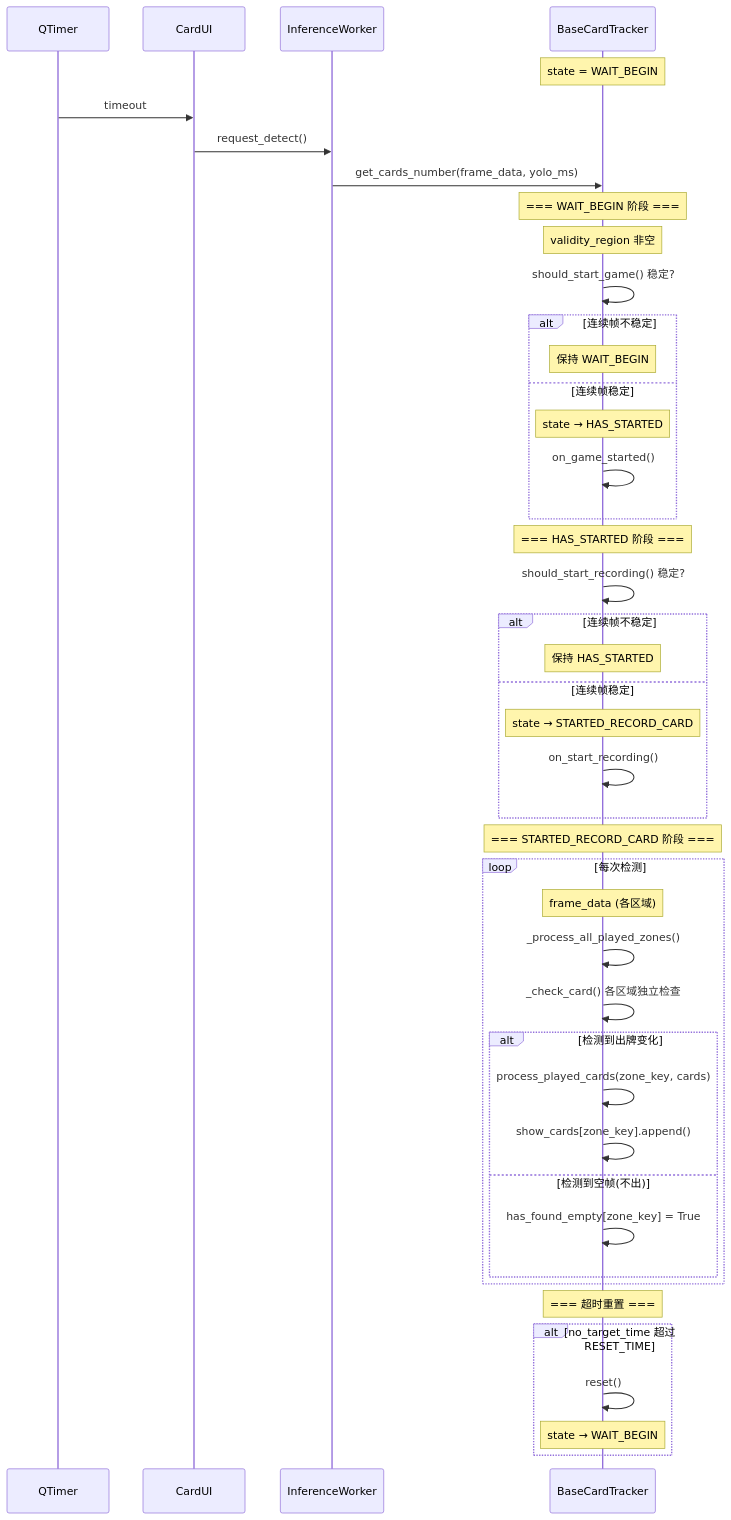
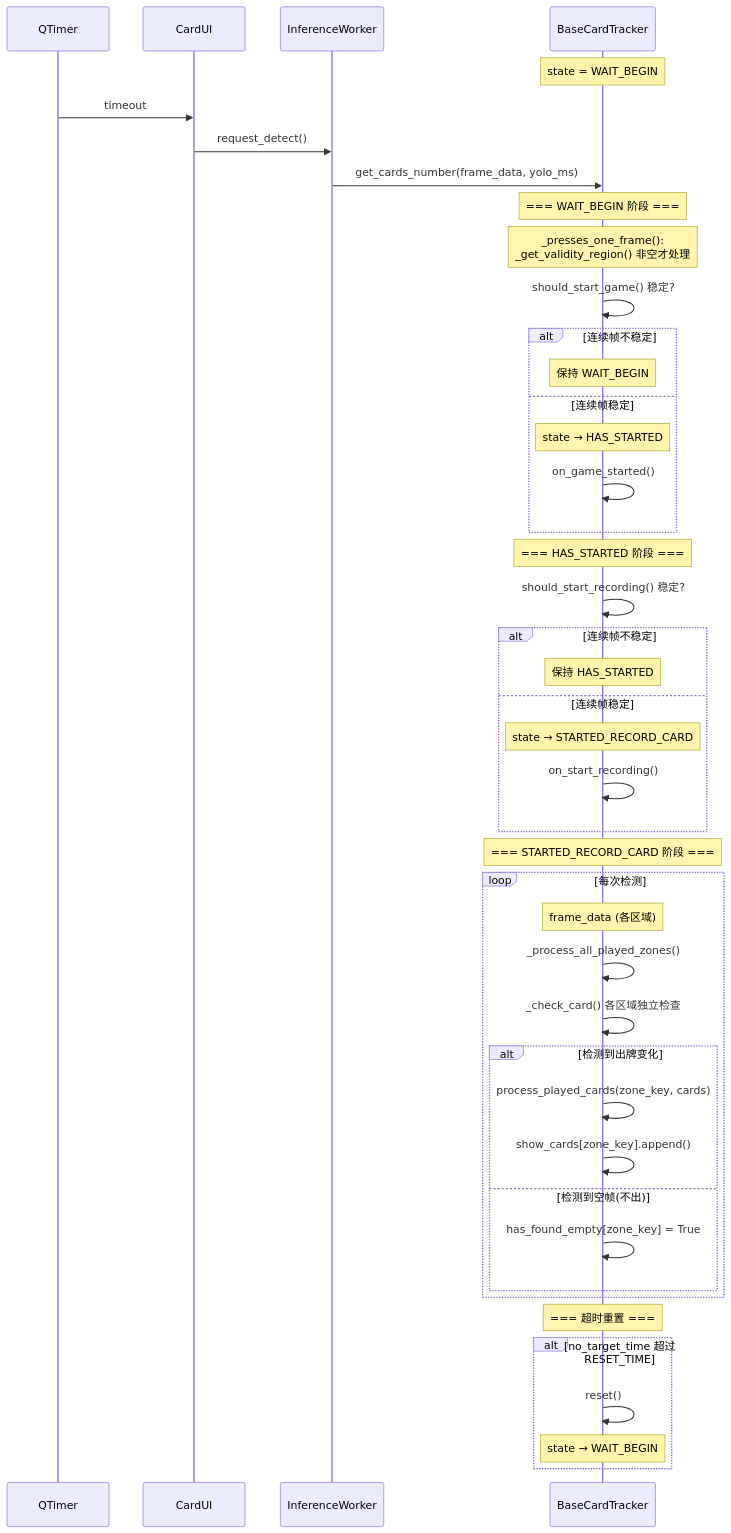
One commit to luckFan0519/han-card-tracker changed the fourth of 6 diagrams in docs/sequence-diagram.md. Above: the diagram before and after it, drawn with Mermaid. The commit also changed other lines of this file and 12 other files, not shown here.

````diff
--- a/docs/sequence-diagram.md
+++ b/docs/sequence-diagram.md
@@ -184,51 +207,51 @@
 ```mermaid
 sequenceDiagram
     participant Timer as QTimer
     participant UI as CardUI
     participant Worker as InferenceWorker
     participant Tracker as BaseCardTracker
 
     Note over Tracker: state = WAIT_BEGIN
 
     Timer->>UI: timeout
     UI->>Worker: request_detect()
     Worker->>Tracker: get_cards_number(frame_data, yolo_ms)
 
     Note over Tracker: === WAIT_BEGIN 阶段 ===
-    Note over Tracker: validity_region 非空
+    Note over Tracker: _presses_one_frame():<br/>_get_validity_region() 非空才处理
     Tracker->>Tracker: should_start_game() 稳定?
     alt 连续帧不稳定
         Note over Tracker: 保持 WAIT_BEGIN
     else 连续帧稳定
         Note over Tracker: state → HAS_STARTED
         Tracker->>Tracker: on_game_started()
     end
 
     Note over Tracker: === HAS_STARTED 阶段 ===
     Tracker->>Tracker: should_start_recording() 稳定?
     alt 连续帧不稳定
         Note over Tracker: 保持 HAS_STARTED
     else 连续帧稳定
         Note over Tracker: state → STARTED_RECORD_CARD
         Tracker->>Tracker: on_start_recording()
     end
 
     Note over Tracker: === STARTED_RECORD_CARD 阶段 ===
     loop 每次检测
         Note over Tracker: frame_data (各区域)
         Tracker->>Tracker: _process_all_played_zones()
         Tracker->>Tracker: _check_card() 各区域独立检查
         alt 检测到出牌变化
             Tracker->>Tracker: process_played_cards(zone_key, cards)
             Tracker->>Tracker: show_cards[zone_key].append()
         else 检测到空帧(不出)
             Tracker->>Tracker: has_found_empty[zone_key] = True
         end
     end
 
     Note over Tracker: === 超时重置 ===
     alt no_target_time 超过 RESET_TIME
         Tracker->>Tracker: reset()
         Note over Tracker: state → WAIT_BEGIN
     end
 ```
````
